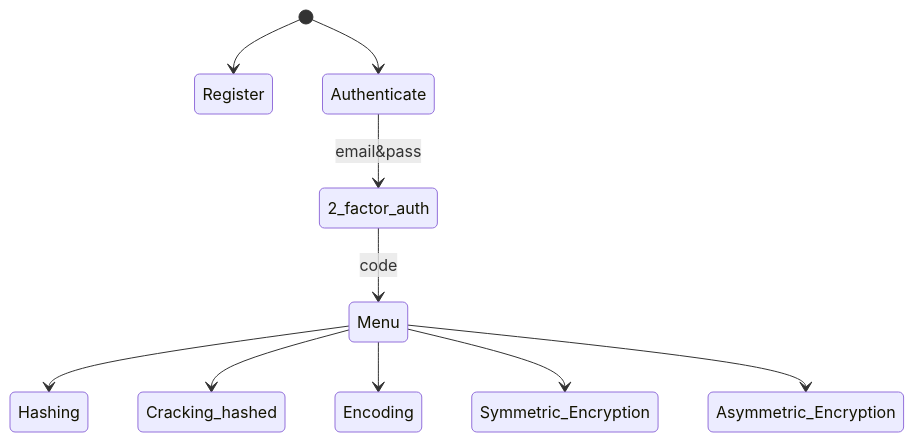
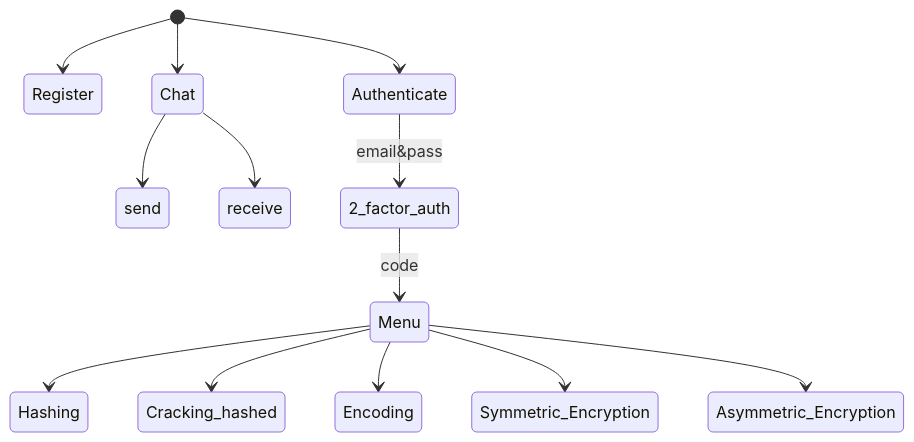
One commit to Saief1999/security-toolbox changed the first of 9 diagrams in README.md. Above: the diagram before and after it, drawn with Mermaid. The commit also changed other lines of this file, not shown here.

Commit message:
added diagrams

````diff
--- a/README.md
+++ b/README.md
@@ -11,13 +11,16 @@
 ```mermaid
 stateDiagram-v2
     [*] --> Register
     [*] --> Authenticate 
+    [*] --> Chat
+    Chat --> send
+    Chat --> receive
     Authenticate --> 2_factor_auth: email&pass
     2_factor_auth --> Menu: code
     Menu --> Hashing
     Menu --> Cracking_hashed
     Menu --> Encoding
     Menu --> Symmetric_Encryption
     Menu --> Asymmetric_Encryption
 
 ```
````
